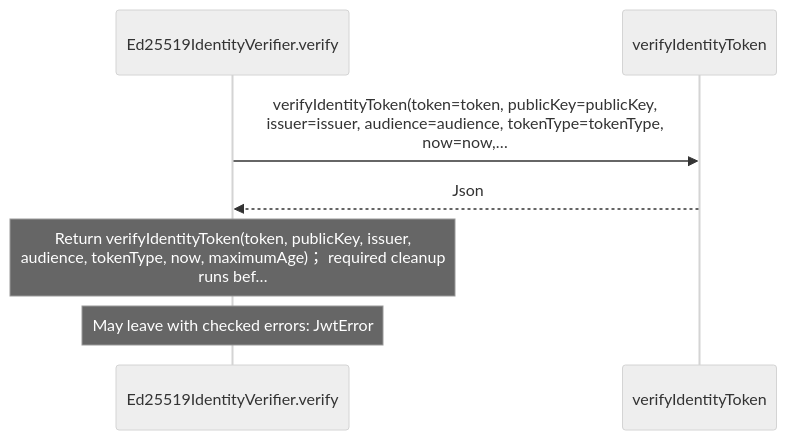
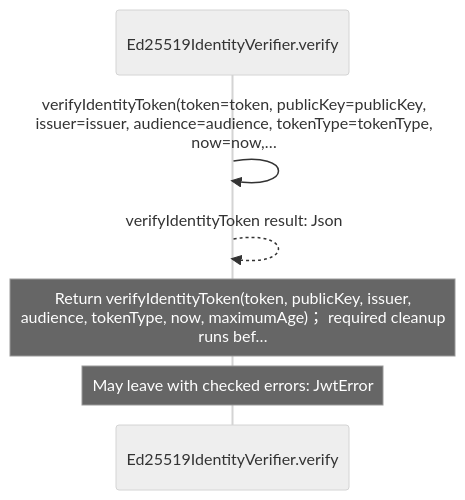
Diagram 20 of 20 in src/stdlib/crypto/jose.aug.diagrams.md (GreenPandaStudios/augscript), drawn with Mermaid (neutral theme) before and after one commit. The commit also changed other lines of this file and 304 other files, not shown here.

Commit message:
Make generated data-flow sequences concise and review every diagram

````diff
--- a/src/stdlib/crypto/jose.aug.diagrams.md
+++ b/src/stdlib/crypto/jose.aug.diagrams.md
@@ -572,9 +586,9 @@
 ```mermaid
 sequenceDiagram
     participant p0 as Ed25519IdentityVerifier.verify
-    participant p1 as verifyIdentityToken
-    p0->>p1: verifyIdentityToken(token=token, publicKey=publicKey,<br/>issuer=issuer, audience=audience, tokenType=tokenType,<br/>now=now,…
-    p1-->>p0: Json
+
+    p0->>p0: verifyIdentityToken(token=token, publicKey=publicKey,<br/>issuer=issuer, audience=audience, tokenType=tokenType,<br/>now=now,…
+    p0-->>p0: verifyIdentityToken result: Json
     Note over p0: Return verifyIdentityToken(token, publicKey, issuer,<br/>audience, tokenType, now, maximumAge)； required cleanup<br/>runs bef…
     Note over p0: May leave with checked errors: JwtError
 ```
````
